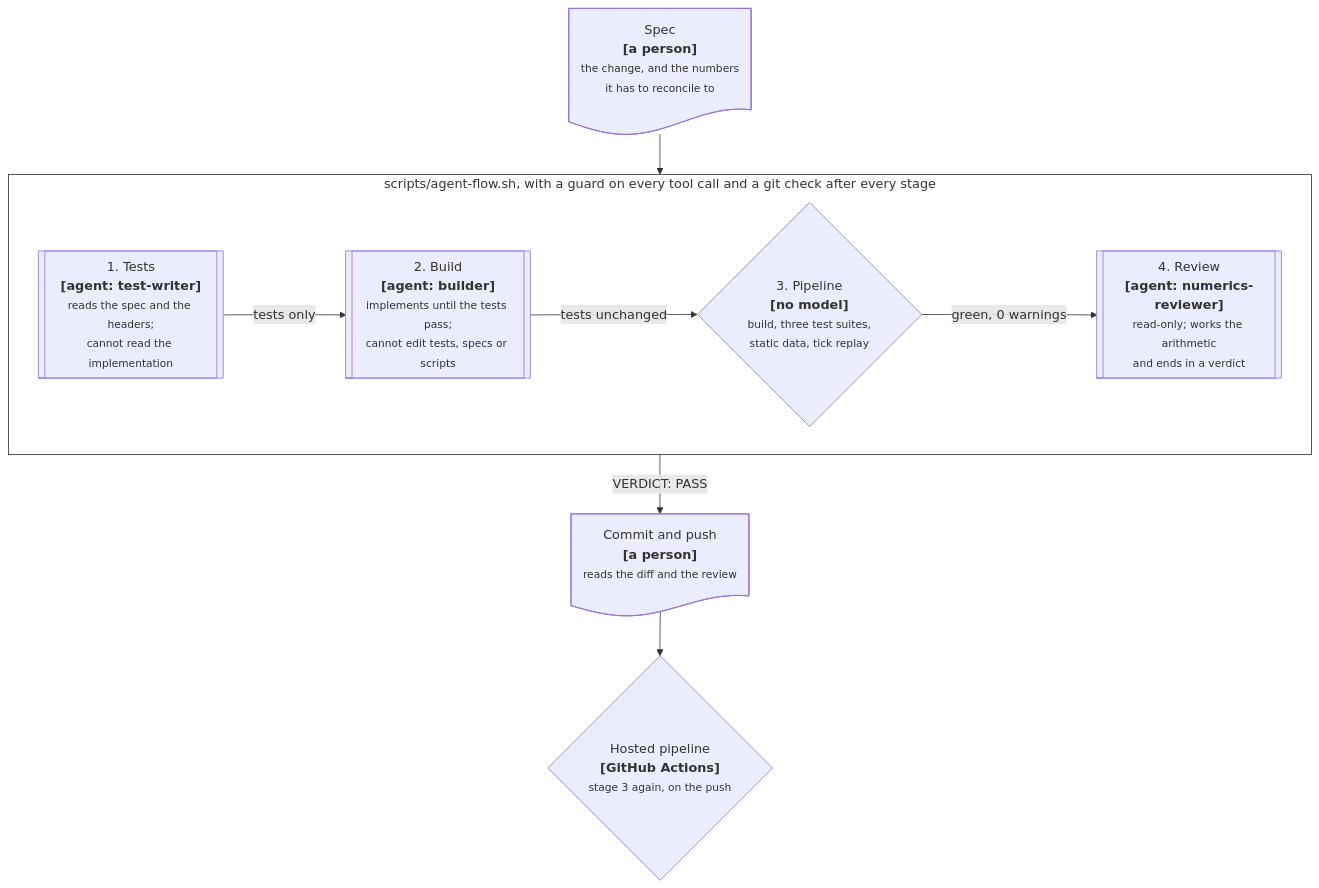
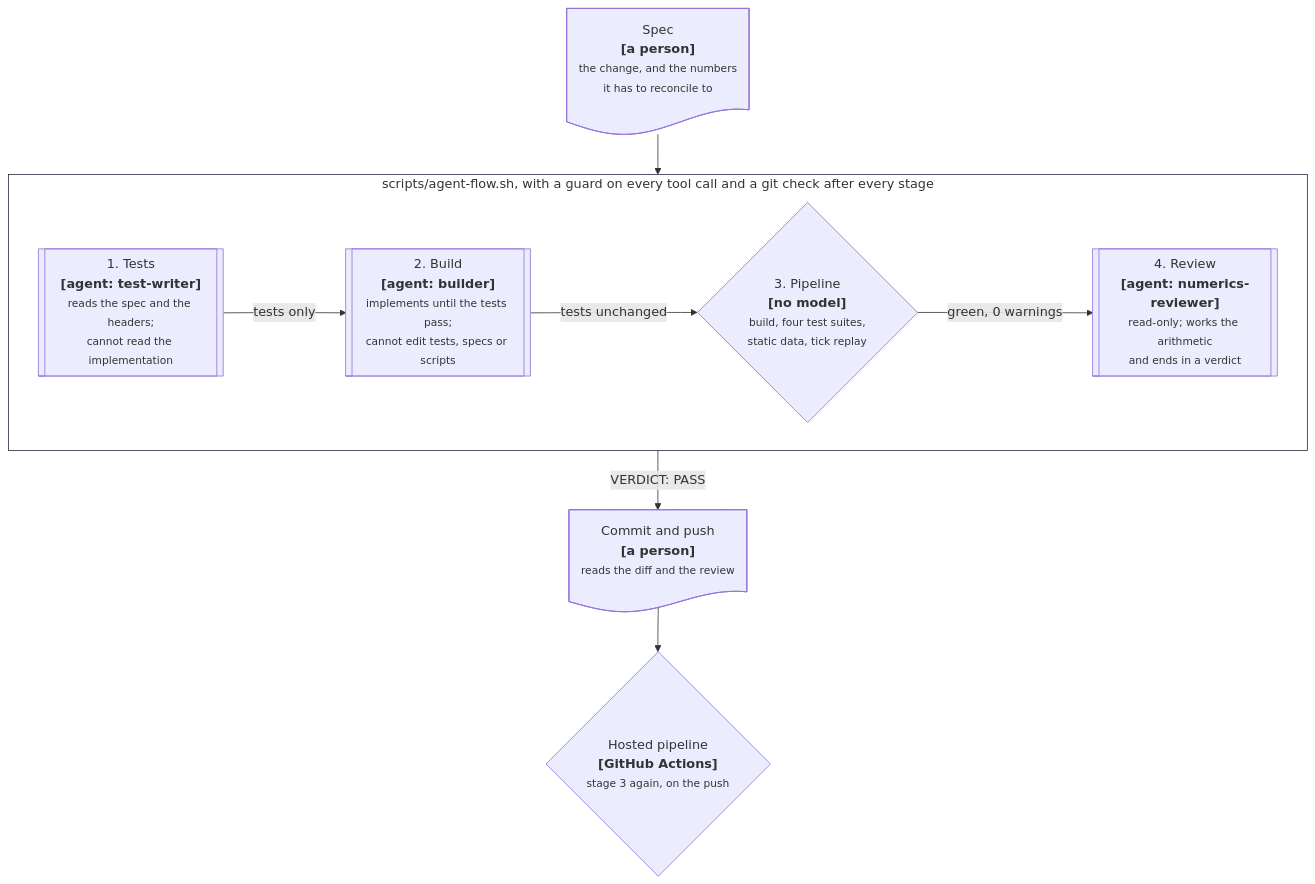
Before and after one commit to jrwglover/portfolio: the diagram in src/components/dashboards/curve_model/diagrams/agent-flow.mmd, drawn with Mermaid. The commit also changed 27 other files, not shown here.

```diff
--- a/src/components/dashboards/curve_model/diagrams/agent-flow.mmd
+++ b/src/components/dashboards/curve_model/diagrams/agent-flow.mmd
@@ -1,26 +1,26 @@
 %% The agent workflow in the event-driven engine's repository
 %% (scripts/agent-flow.sh). Three headless Claude Code sessions, each with its
 %% own role, and one stage with no model in it. A person owns both ends.
 flowchart TB
   SPEC@{ shape: doc, label: "Spec<br/><b>[a person]</b><br/><small>the change, and the numbers<br/>it has to reconcile to</small>" }
 
   subgraph RUN["scripts/agent-flow.sh, with a guard on every tool call and a git check after every stage"]
     direction LR
     T@{ shape: subproc, label: "1. Tests<br/><b>[agent: test-writer]</b><br/><small>reads the spec and the headers;<br/>cannot read the implementation</small>" }
     B@{ shape: subproc, label: "2. Build<br/><b>[agent: builder]</b><br/><small>implements until the tests pass;<br/>cannot edit tests, specs or scripts</small>" }
-    P@{ shape: diam, label: "3. Pipeline<br/><b>[no model]</b><br/><small>build, three test suites,<br/>static data, tick replay</small>" }
+    P@{ shape: diam, label: "3. Pipeline<br/><b>[no model]</b><br/><small>build, four test suites,<br/>static data, tick replay</small>" }
     R@{ shape: subproc, label: "4. Review<br/><b>[agent: numerics-reviewer]</b><br/><small>read-only; works the arithmetic<br/>and ends in a verdict</small>" }
   end
 
   H@{ shape: doc, label: "Commit and push<br/><b>[a person]</b><br/><small>reads the diff and the review</small>" }
   CI@{ shape: diam, label: "Hosted pipeline<br/><b>[GitHub Actions]</b><br/><small>stage 3 again, on the push</small>" }
 
   SPEC --> T
   T -->|"tests only"| B
   B -->|"tests unchanged"| P
   P -->|"green, 0 warnings"| R
   R -->|"VERDICT: PASS"| H
   H --> CI
 
   classDef bnd fill:none,stroke:#2a2a3e
   class RUN bnd
```
